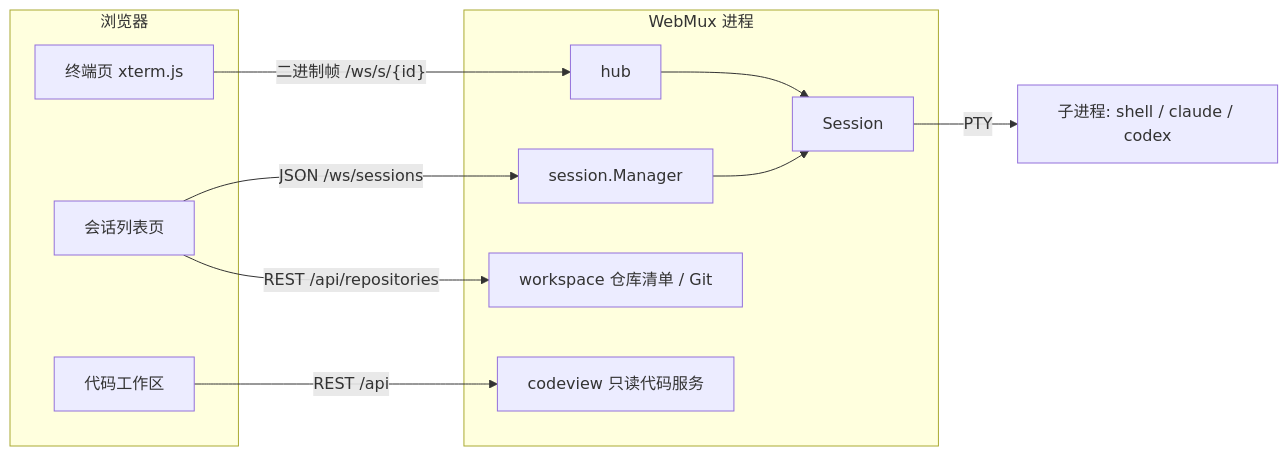
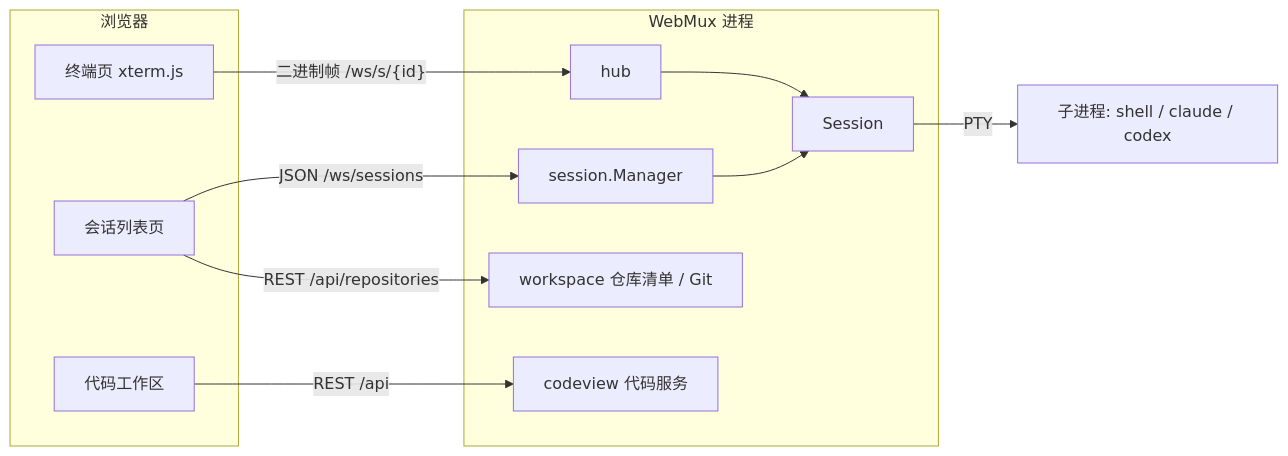
One commit to mzdluo123/webmux changed the first of 2 diagrams in docs/architecture.md. Above: the diagram before and after it, drawn with Mermaid. The commit also changed other lines of this file and 38 other files, not shown here.

````diff
--- a/docs/architecture.md
+++ b/docs/architecture.md
@@ -16,22 +16,22 @@
 ```mermaid
 flowchart LR
   subgraph Browser["浏览器"]
     L["会话列表页"]
     T["终端页 xterm.js"]
     C["代码工作区"]
   end
   subgraph Server["WebMux 进程"]
     M["session.Manager"]
     H["hub"]
     S["Session"]
     W["workspace 仓库清单 / Git"]
-    CV["codeview 只读代码服务"]
+    CV["codeview 代码服务"]
   end
   L -- "JSON /ws/sessions" --> M
   T -- "二进制帧 /ws/s/{id}" --> H
   C -- "REST /api" --> CV
   H --> S
   M --> S
   L -- "REST /api/repositories" --> W
   S -- PTY --> P["子进程: shell / claude / codex"]
 ```
````
